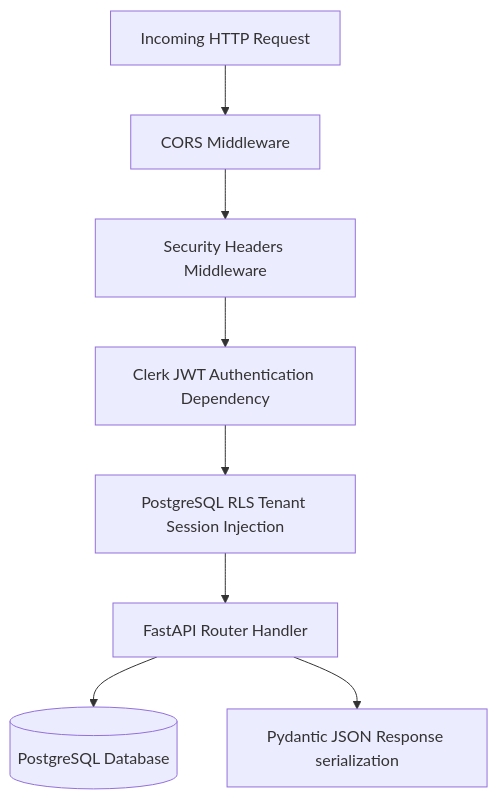
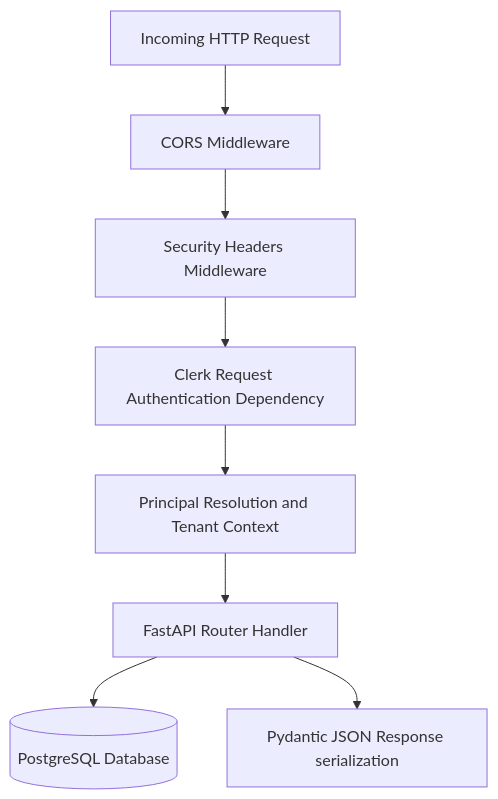
One commit to ORIOP25/Cronos changed the diagram in documentation/05_backend_api/BACKEND_ARCHITECTURE.md. Above: the diagram before and after it, drawn with Mermaid. The commit also changed other lines of this file and 35 other files, not shown here.

````diff
--- a/documentation/05_backend_api/BACKEND_ARCHITECTURE.md
+++ b/documentation/05_backend_api/BACKEND_ARCHITECTURE.md
@@ -17,10 +17,10 @@
 ```mermaid
 flowchart TD
     Req[Incoming HTTP Request] --> CORS[CORS Middleware]
     CORS --> Security[Security Headers Middleware]
-    Security --> Auth[Clerk JWT Authentication Dependency]
-    Auth --> RLS[PostgreSQL RLS Tenant Session Injection]
+    Security --> Auth[Clerk Request Authentication Dependency]
+    Auth --> RLS[Principal Resolution and Tenant Context]
     RLS --> Handler[FastAPI Router Handler]
     Handler --> DB[(PostgreSQL Database)]
     Handler --> Res[Pydantic JSON Response serialization]
 ```
````
